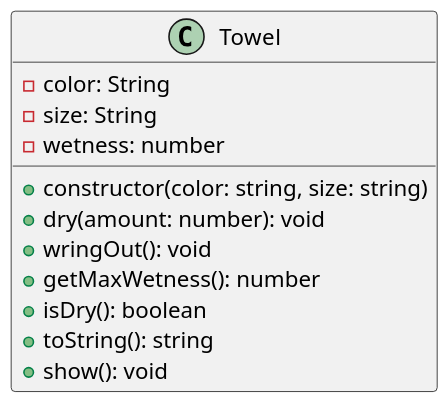
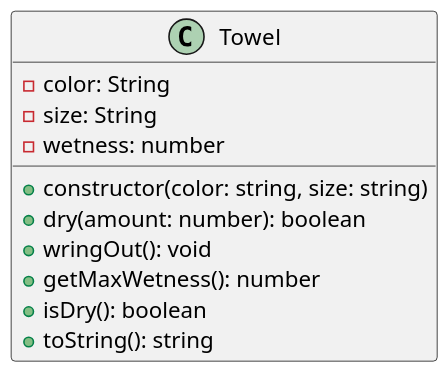
Before and after one commit to qxcodepoo/arcade: the diagram in base/toalha/assets/diagrama.puml, drawn with PlantUML. The commit also changed 18 other files, not shown here.

Commit message:
update diagramas

```diff
--- a/base/toalha/assets/diagrama.puml
+++ b/base/toalha/assets/diagrama.puml
@@ -1,19 +1,18 @@
 @startuml
 
 skinparam defaultFontName "Source Code Pro"
 skinparam dpi 150
 
 class Towel {
     - color: String
     - size: String
     - wetness: number
     __
     + constructor(color: string, size: string)
-    + dry(amount: number): void
+    + dry(amount: number): boolean
     + wringOut(): void
     + getMaxWetness(): number
     + isDry(): boolean
     + toString(): string
-    + show(): void
 }
 @enduml
```
